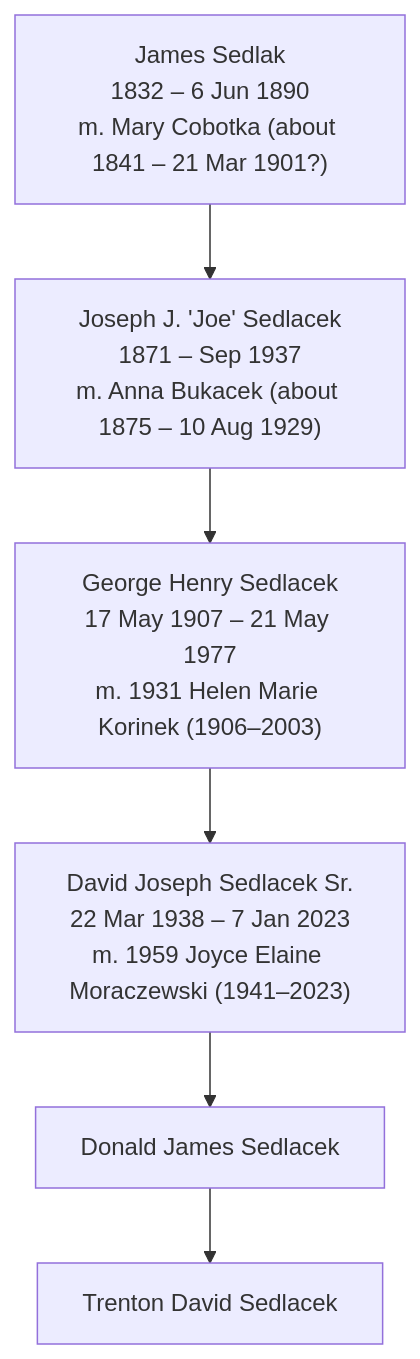
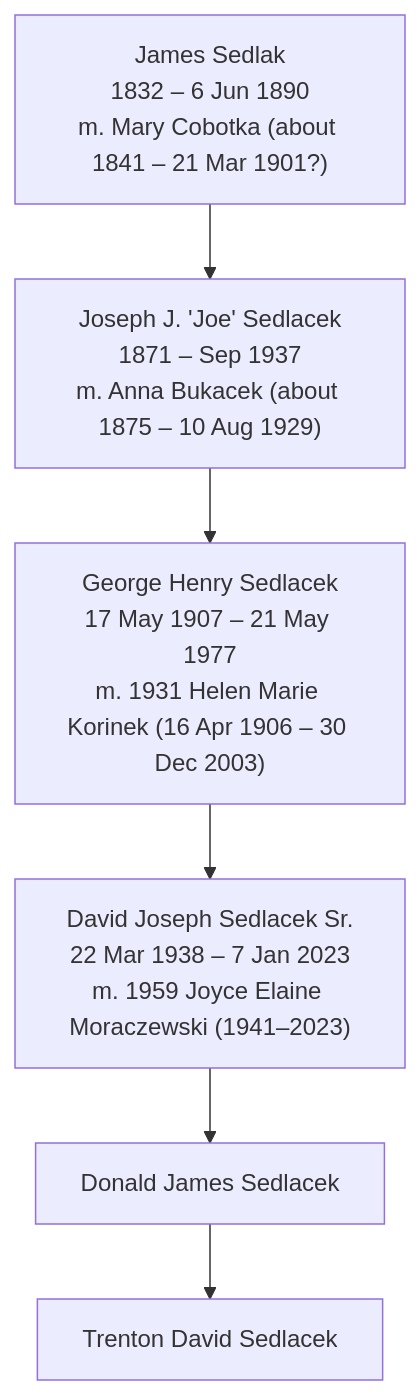
One commit to TrentonSedlacek/Ancestry changed the diagram in PATRILINEAL_LINE.md. Above: the diagram before and after it, drawn with Mermaid. The commit also changed other lines of this file and 1 other file, not shown here.

First line of the commit message:
Add George H. and Helen M. Sedlacek headstone; resolve George death-date deviation

````diff
--- a/PATRILINEAL_LINE.md
+++ b/PATRILINEAL_LINE.md
@@ -5,10 +5,10 @@
 ```mermaid
 flowchart TD
     G1["James Sedlak<br/>1832 – 6 Jun 1890<br/>m. Mary Cobotka (about 1841 – 21 Mar 1901?)"]
     G2["Joseph J. 'Joe' Sedlacek<br/>1871 – Sep 1937<br/>m. Anna Bukacek (about 1875 – 10 Aug 1929)"]
-    G3["George Henry Sedlacek<br/>17 May 1907 – 21 May 1977<br/>m. 1931 Helen Marie Korinek (1906–2003)"]
+    G3["George Henry Sedlacek<br/>17 May 1907 – 21 May 1977<br/>m. 1931 Helen Marie Korinek (16 Apr 1906 – 30 Dec 2003)"]
     G4["David Joseph Sedlacek Sr.<br/>22 Mar 1938 – 7 Jan 2023<br/>m. 1959 Joyce Elaine Moraczewski (1941–2023)"]
     G5["Donald James Sedlacek"]
     G6["Trenton David Sedlacek"]
     G1 --> G2 --> G3 --> G4 --> G5 --> G6
 ```
````
